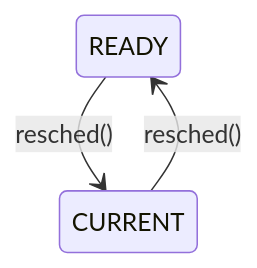
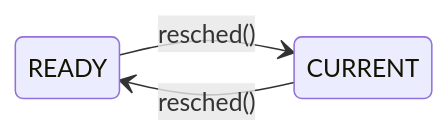
One commit to radioxeth/cis-657-principles-of-operating-systems changed the first of 4 diagrams in week4/README.md. Above: the diagram before and after it, drawn with Mermaid. The commit also changed other lines of this file, not shown here.

````diff
--- a/week4/README.md
+++ b/week4/README.md
@@ -77,5 +77,6 @@
 ```mermaid
 stateDiagram-v2
+	direction LR
     READY --> CURRENT:resched()
     CURRENT --> READY:resched()
 ```
````
